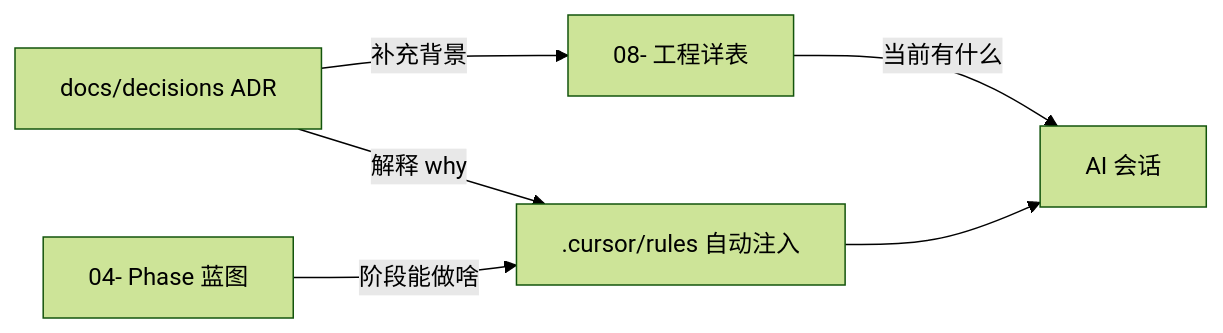
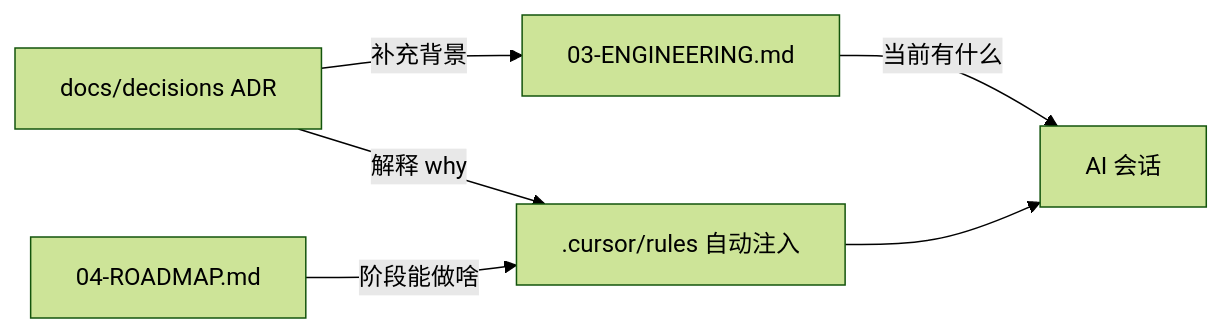
Before and after one commit to lamasaga/businessmatch-v1: the diagram in docs/decisions/README.md, drawn with Mermaid (forest theme). The commit also changed other lines of this file and 18 other files, not shown here.

````diff
--- a/docs/decisions/README.md
+++ b/docs/decisions/README.md
@@ -107,12 +107,12 @@
 ```mermaid
 flowchart LR
   ADR[docs/decisions ADR]
   Rules[.cursor/rules 自动注入]
-  Docs08[08- 工程详表]
-  Docs04[04- Phase 蓝图]
+  Docs03[03-ENGINEERING.md]
+  Docs04[04-ROADMAP.md]
   ADR -->|解释 why| Rules
-  ADR -->|补充背景| Docs08
+  ADR -->|补充背景| Docs03
   Docs04 -->|阶段能做啥| Rules
-  Docs08 -->|当前有什么| AI[AI 会话]
+  Docs03 -->|当前有什么| AI[AI 会话]
   Rules --> AI
 ```
````
